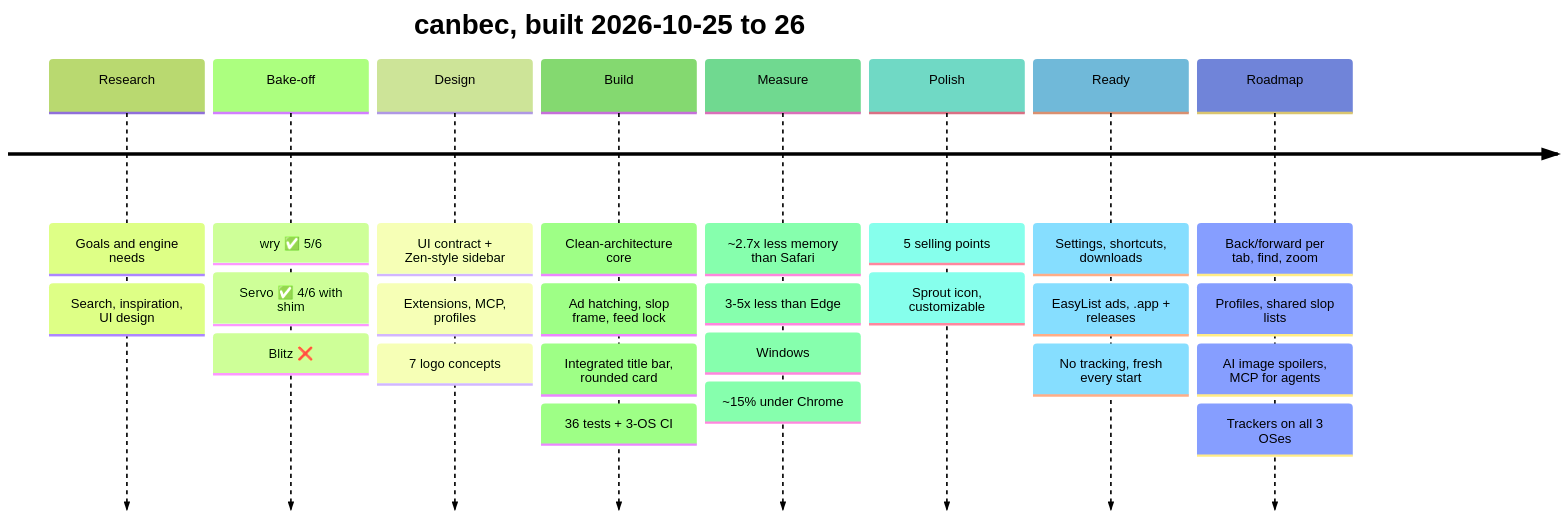
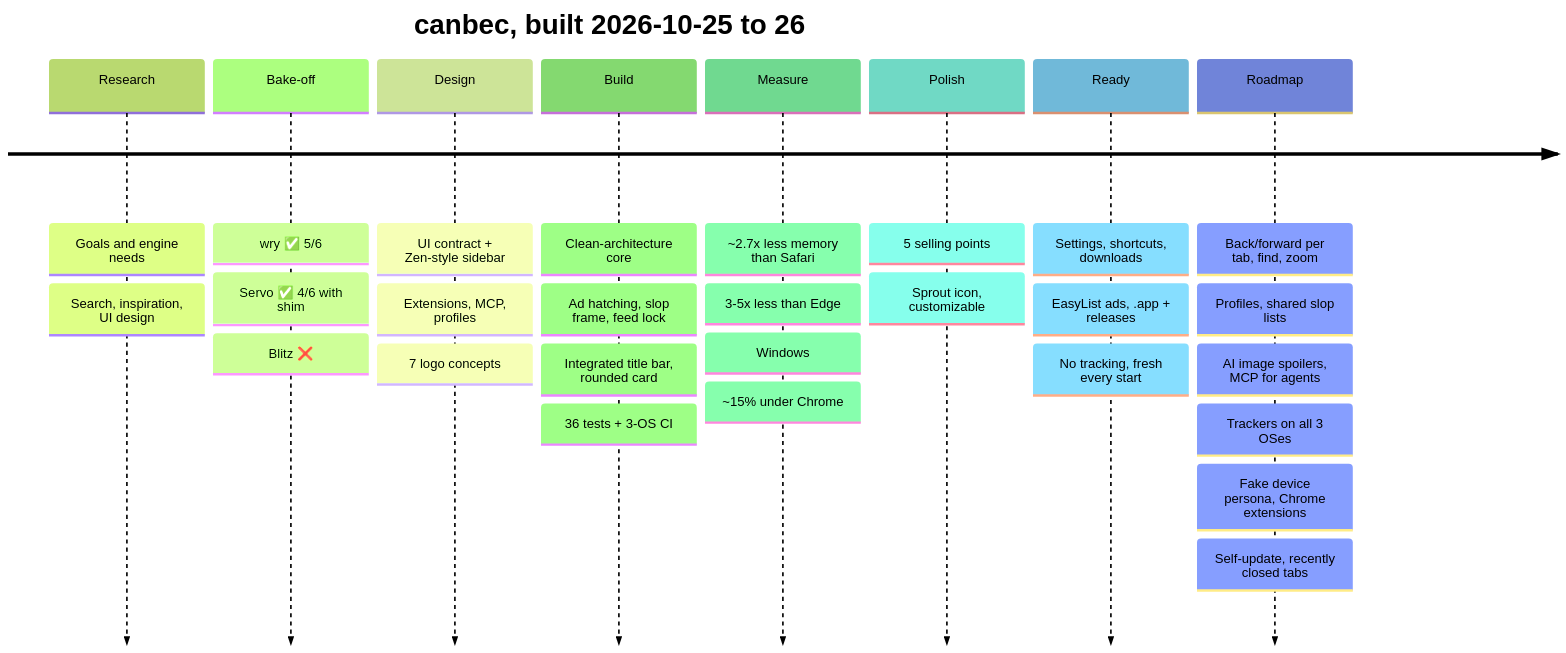
Before and after one commit to Cod3rs-org/canbec: the diagram in README.md, drawn with Mermaid (forest theme). The commit also changed other lines of this file and 1 other file, not shown here.

Commit message:
docs: README journey 26–30, roadmap done column

````diff
--- a/README.md
+++ b/README.md
@@ -71,28 +73,30 @@
 ```mermaid
 timeline
     title canbec, built 2026-10-25 to 26
     Research : Goals and engine needs
              : Search, inspiration, UI design
     Bake-off : wry ✅ 5/6
              : Servo ✅ 4/6 with shim
              : Blitz ❌
     Design   : UI contract + Zen-style sidebar
              : Extensions, MCP, profiles
              : 7 logo concepts
     Build    : Clean-architecture core
              : Ad hatching, slop frame, feed lock
              : Integrated title bar, rounded card
              : 36 tests + 3-OS CI
     Measure  : ~2.7x less memory than Safari
              : 3-5x less than Edge
              : Windows: ~15% under Chrome
     Polish   : 5 selling points
              : Sprout icon, customizable
     Ready    : Settings, shortcuts, downloads
              : EasyList ads, .app + releases
              : No tracking, fresh every start
     Roadmap  : Back/forward per tab, find, zoom
              : Profiles, shared slop lists
              : AI image spoilers, MCP for agents
              : Trackers on all 3 OSes
+             : Fake device persona, Chrome extensions
+             : Self-update, recently closed tabs
 ```
````
